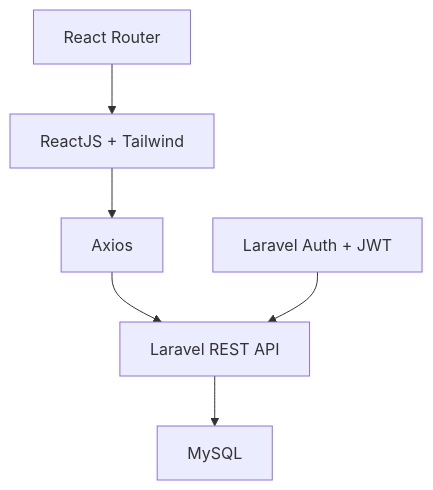
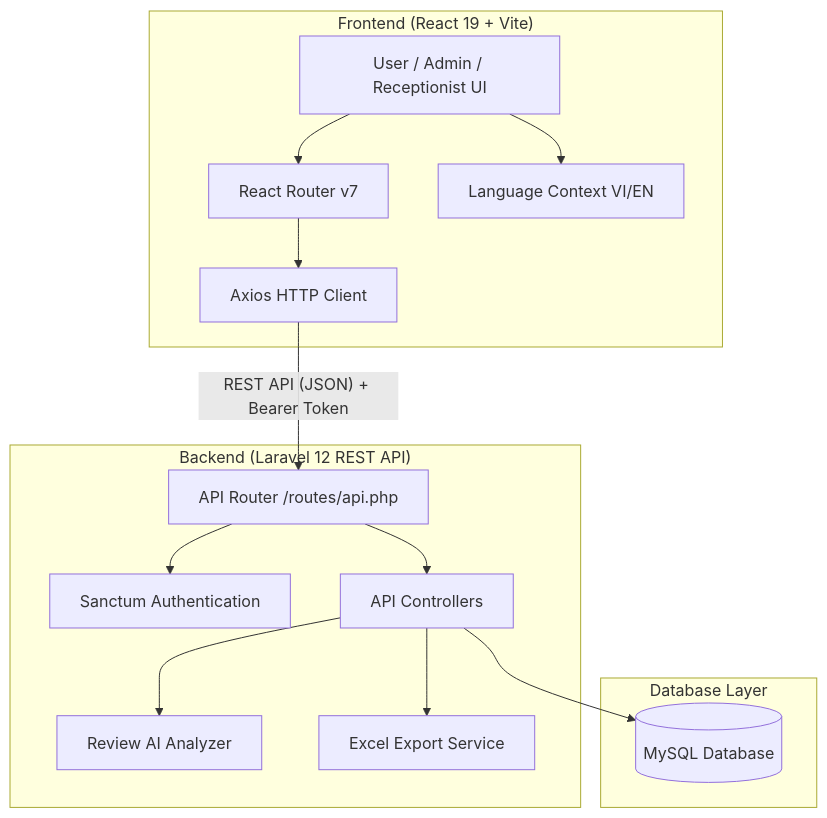
One commit to th-nhan/Hotel-Booking changed the diagram in README.md. Above: the diagram before and after it, drawn with Mermaid. The commit also changed other lines of this file and 2 other files, not shown here.

````diff
--- a/README.md
+++ b/README.md
@@ -60,8 +68,32 @@
 ```mermaid
 graph TB
-    A[ReactJS + Tailwind] --> B[Axios]
-    B --> C[Laravel REST API]
-    C --> D[MySQL]
-    E[React Router] --> A
-    F[Laravel Auth + JWT] --> C
+    subgraph Client["Frontend (React 19 + Vite)"]
+        UI[User / Admin / Receptionist UI]
+        Router[React Router v7]
+        Lang[Language Context VI/EN]
+        AxiosClient[Axios HTTP Client]
+        UI --> Router
+        UI --> Lang
+        Router --> AxiosClient
+    end
+
+    subgraph Server["Backend (Laravel 12 REST API)"]
+        API[API Router /routes/api.php]
+        Auth[Sanctum Authentication]
+        Controllers[API Controllers]
+        AI[Review AI Analyzer]
+        Export[Excel Export Service]
+        
+        API --> Auth
+        API --> Controllers
+        Controllers --> AI
+        Controllers --> Export
+    end
+
+    subgraph Database["Database Layer"]
+        MySQL[(MySQL Database)]
+    end
+
+    AxiosClient -- "REST API (JSON) + Bearer Token" --> API
+    Controllers --> MySQL
 ```
````
